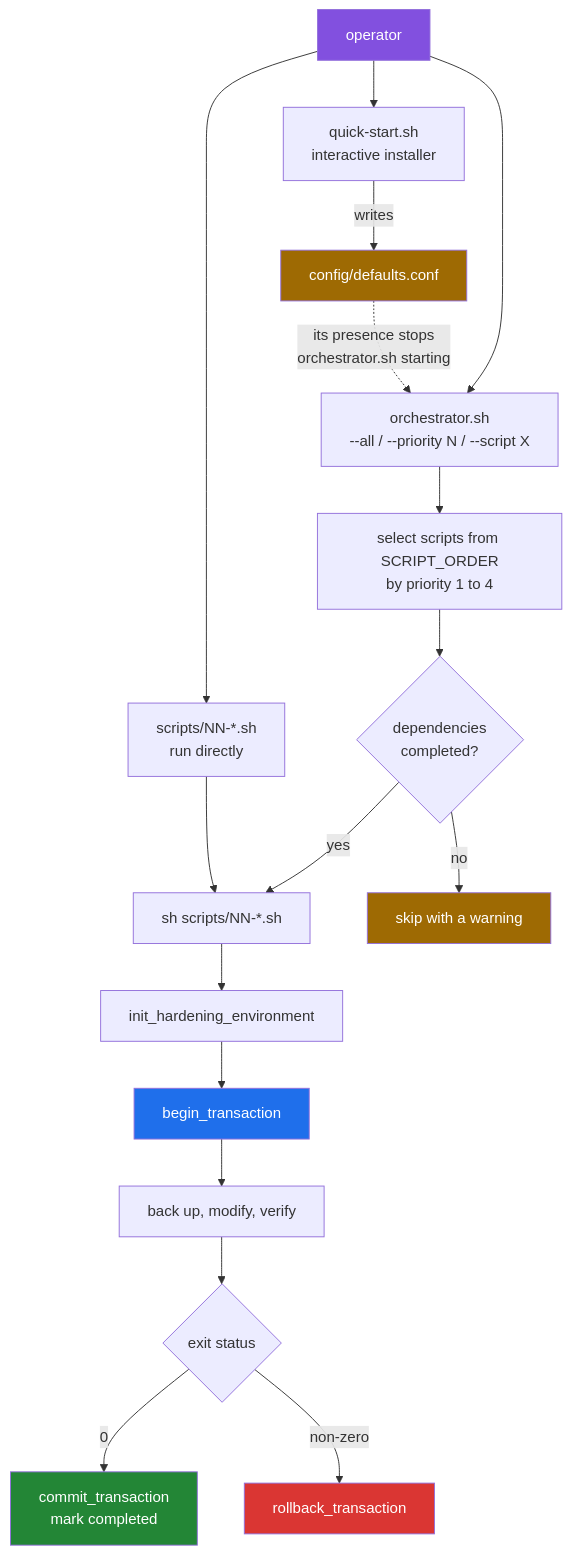
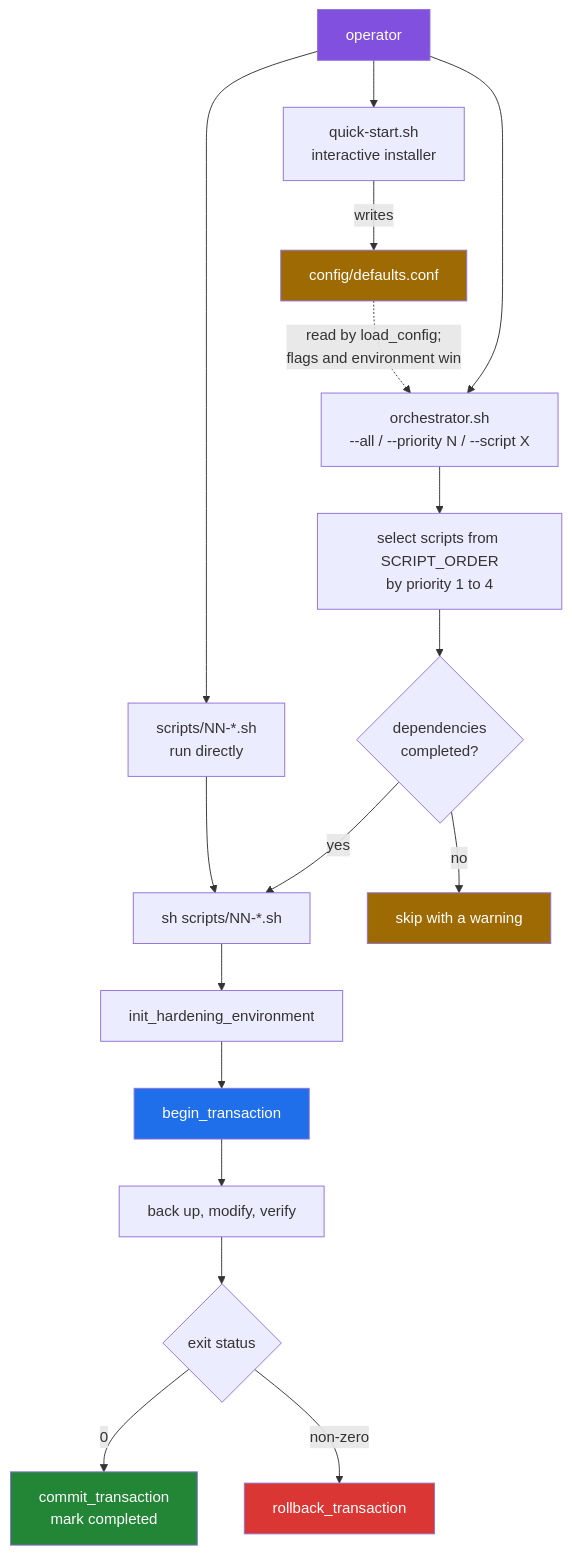
One commit to Bissbert/POSIX-hardening changed the first of 2 diagrams in docs/execution-model.md. Above: the diagram before and after it, drawn with Mermaid. The commit also changed other lines of this file and 25 other files, not shown here.

````diff
--- a/docs/execution-model.md
+++ b/docs/execution-model.md
@@ -12,29 +12,29 @@
 ```mermaid
 flowchart TD
     OP["operator"] --> QS["quick-start.sh<br/>interactive installer"]
     OP --> ORCH["orchestrator.sh<br/>--all / --priority N / --script X"]
     OP --> ONE["scripts/NN-*.sh<br/>run directly"]
 
     QS -->|"writes"| CFG["config/defaults.conf"]
-    CFG -.->|"its presence stops<br/>orchestrator.sh starting"| ORCH
+    CFG -.->|"read by load_config;<br/>flags and environment win"| ORCH
 
     ORCH --> SEL["select scripts from SCRIPT_ORDER<br/>by priority 1 to 4"]
     SEL --> DEP{"dependencies<br/>completed?"}
     DEP -->|"yes"| RUN
     DEP -->|"no"| SKIP["skip with a warning"]
     ONE --> RUN["sh scripts/NN-*.sh"]
 
     RUN --> INIT["init_hardening_environment"]
     INIT --> TX["begin_transaction"]
     TX --> WORK["back up, modify, verify"]
     WORK --> EXIT{"exit status"}
     EXIT -->|"0"| COMMIT["commit_transaction<br/>mark completed"]
     EXIT -->|"non-zero"| RB["rollback_transaction"]
 
     style OP fill:#8250df,color:#fff
     style CFG fill:#9e6a03,color:#fff
     style SKIP fill:#9e6a03,color:#fff
     style TX fill:#1f6feb,color:#fff
     style COMMIT fill:#238636,color:#fff
     style RB fill:#da3633,color:#fff
 ```
````
